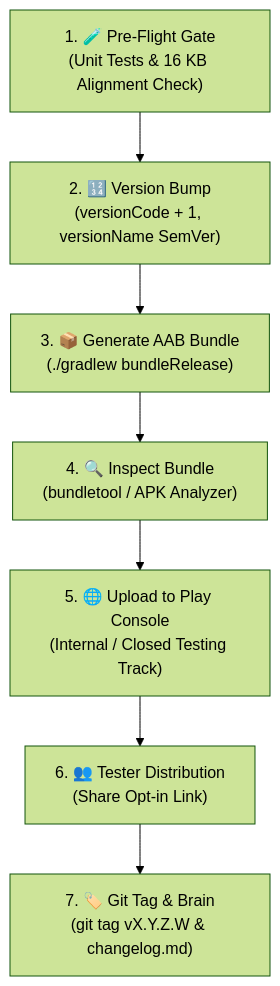
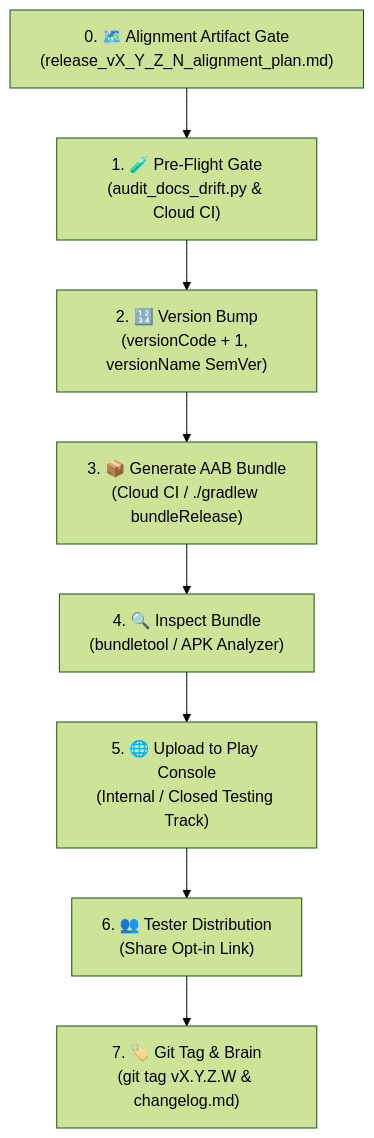
Before and after one commit to ClawStackStudios/ShellGuard-Mobile: the diagram in .agents/workflows/draft-release.md, drawn with Mermaid (forest theme). The commit also changed other lines of this file and 9 other files, not shown here.

````diff
--- a/.agents/workflows/draft-release.md
+++ b/.agents/workflows/draft-release.md
@@ -14,12 +14,13 @@
 ```mermaid
 flowchart TD
-    PreFlight["1. 🧪 Pre-Flight Gate<br/>(Unit Tests & 16 KB Alignment Check)"]
+    Align["0. 🗺️ Alignment Artifact Gate<br/>(release_vX_Y_Z_N_alignment_plan.md)"]
+    PreFlight["1. 🧪 Pre-Flight Gate<br/>(audit_docs_drift.py & Cloud CI)"]
     Version["2. 🔢 Version Bump<br/>(versionCode + 1, versionName SemVer)"]
-    Bundle["3. 📦 Generate AAB Bundle<br/>(./gradlew bundleRelease)"]
+    Bundle["3. 📦 Generate AAB Bundle<br/>(Cloud CI / ./gradlew bundleRelease)"]
     Validate["4. 🔍 Inspect Bundle<br/>(bundletool / APK Analyzer)"]
     Upload["5. 🌐 Upload to Play Console<br/>(Internal / Closed Testing Track)"]
     Rollout["6. 👥 Tester Distribution<br/>(Share Opt-in Link)"]
     Tag["7. 🏷️ Git Tag & Brain<br/>(git tag vX.Y.Z.W & changelog.md)"]
 
-    PreFlight --> Version --> Bundle --> Validate --> Upload --> Rollout --> Tag
+    Align --> PreFlight --> Version --> Bundle --> Validate --> Upload --> Rollout --> Tag
 ```
````
